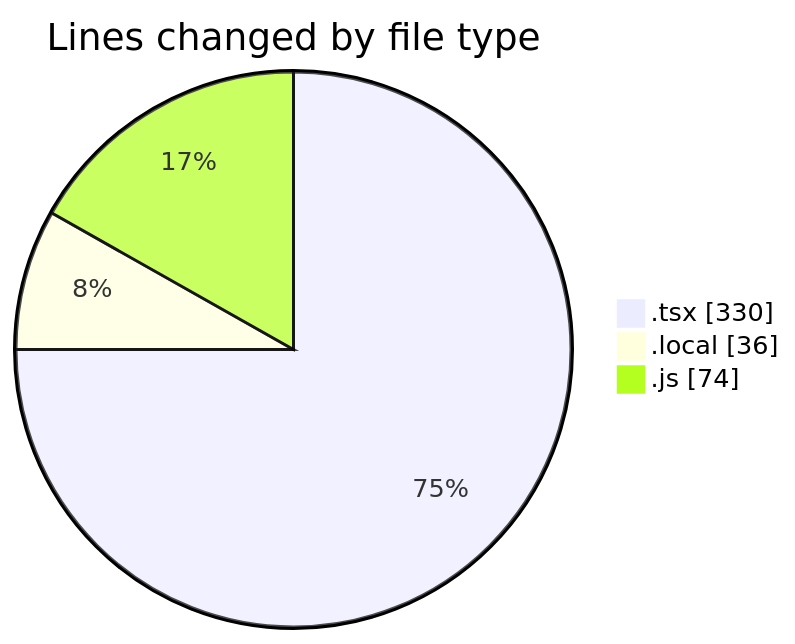
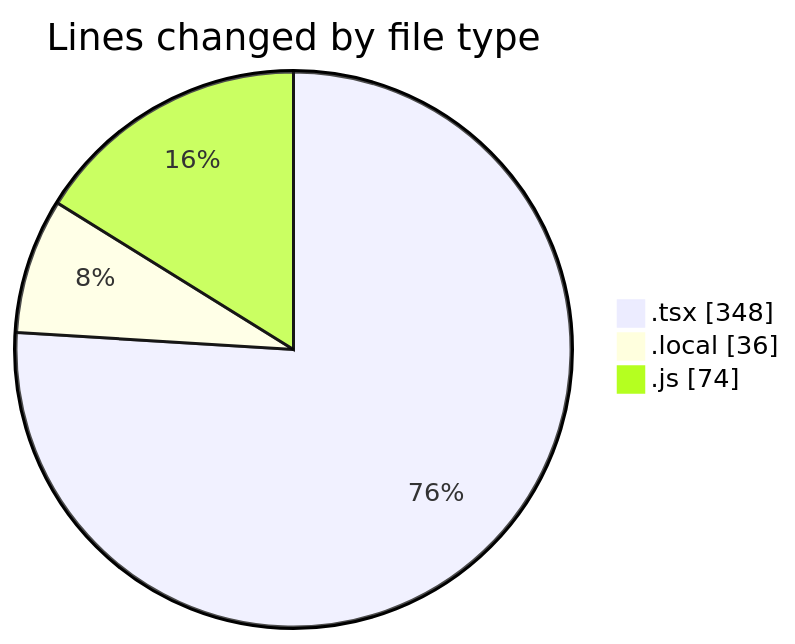
Before and after one commit to becaeroporto-bot/code-tracking: the first of 2 diagrams in 2026-02-16/chatbot-ui-main/README.md, drawn with Mermaid. The commit also changed other lines of this file and 1 other file, not shown here.

````diff
--- a/2026-02-16/chatbot-ui-main/README.md
+++ b/2026-02-16/chatbot-ui-main/README.md
@@ -22,7 +23,7 @@
 ```mermaid
 pie showData
 title Lines changed by file type
-".tsx" : 330
+".tsx" : 348
 ".local" : 36
 ".js" : 74
 ```
````
